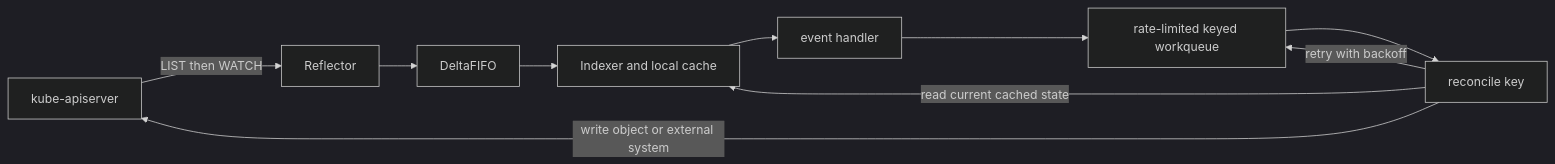
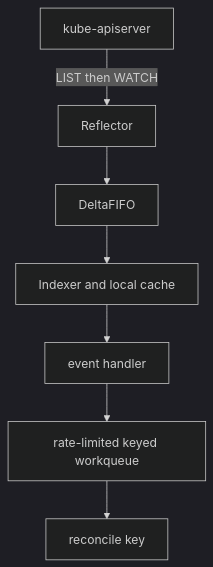
One commit to searge/deck changed the first of 2 diagrams in core/k8s/reconciliation.md. Above: the diagram before and after it, drawn with Mermaid (dark theme). The commit also changed other lines of this file and 27 other files, not shown here.

````diff
--- a/core/k8s/reconciliation.md
+++ b/core/k8s/reconciliation.md
@@ -44,12 +44,9 @@
 ```mermaid
-flowchart LR
+flowchart TB
     A[kube-apiserver] -->|LIST then WATCH| R[Reflector]
     R --> D[DeltaFIFO]
     D --> I[Indexer and local cache]
     I --> H[event handler]
     H --> Q[rate-limited keyed workqueue]
     Q --> RC[reconcile key]
-    RC -->|read current cached state| I
-    RC -->|write object or external system| A
-    RC -->|retry with backoff| Q
 ```
````
